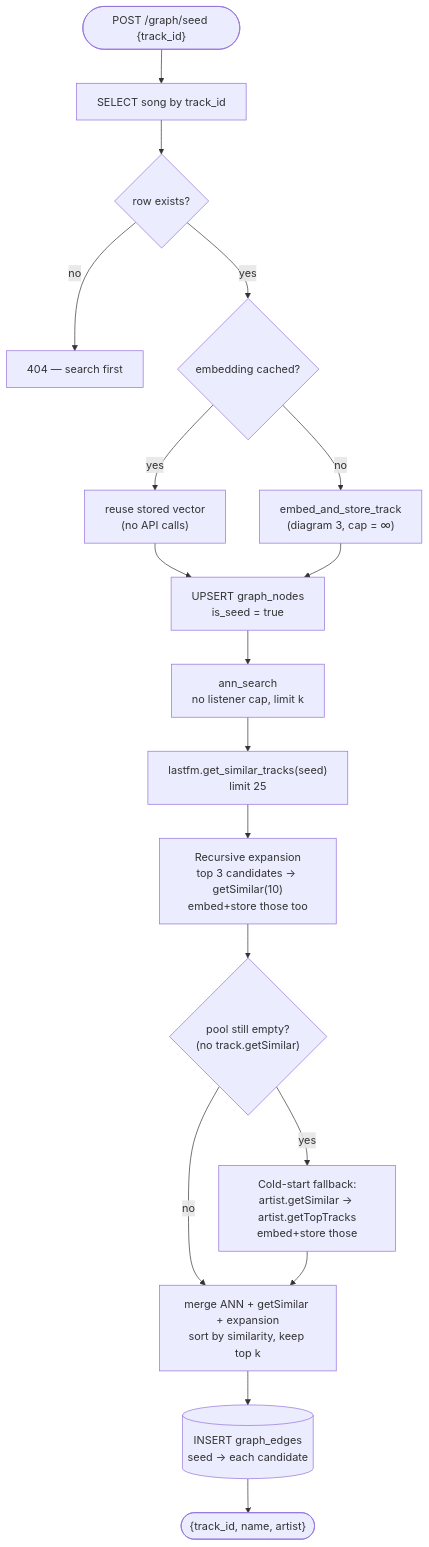
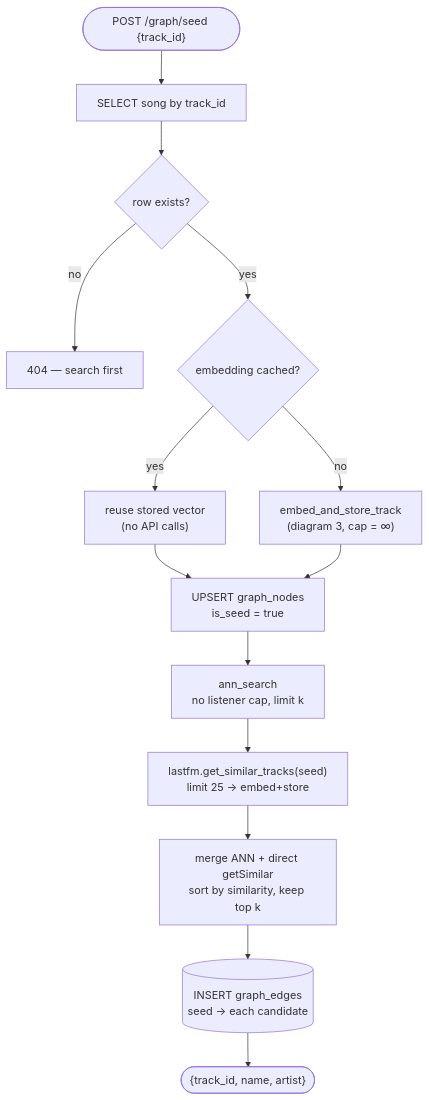
One commit to pedro-boudoux/pyo changed the sixth of 13 diagrams in ARCHITECTURE.md. Above: the diagram before and after it, drawn with Mermaid. The commit also changed other lines of this file and 14 other files, not shown here.

Commit message:
Ablate and prune graph cold-start machinery

````diff
--- a/ARCHITECTURE.md
+++ b/ARCHITECTURE.md
@@ -261,25 +263,19 @@
 ```mermaid
 flowchart TD
     req(["POST /graph/seed {track_id}"]) --> lookup["SELECT song by track_id"]
     lookup --> exist{"row exists?"}
     exist -->|no| e404["404 — search first"]
     exist -->|yes| cached{"embedding cached?"}
 
     cached -->|yes| reuse["reuse stored vector<br/>(no API calls)"]
     cached -->|no| build["embed_and_store_track<br/>(diagram 3, cap = ∞)"]
 
     reuse --> node
     build --> node["UPSERT graph_nodes<br/>is_seed = true"]
 
     node --> ann["ann_search<br/>no listener cap, limit k"]
-    ann --> simseed["lastfm.get_similar_tracks(seed)<br/>limit 25"]
-
-    simseed --> expand["Recursive expansion<br/>top 3 candidates → getSimilar(10)<br/>embed+store those too"]
-
-    expand --> coldcheck{"pool still empty?<br/>(no track.getSimilar)"}
-    coldcheck -->|yes| fallback["Cold-start fallback:<br/>artist.getSimilar → artist.getTopTracks<br/>embed+store those"]
-    coldcheck -->|no| rank
-    fallback --> rank["merge ANN + getSimilar + expansion<br/>sort by similarity, keep top k"]
+    ann --> simseed["lastfm.get_similar_tracks(seed)<br/>limit 25 → embed+store"]
+    simseed --> rank["merge ANN + direct getSimilar<br/>sort by similarity, keep top k"]
     rank --> edges[("INSERT graph_edges<br/>seed → each candidate")]
     edges --> done(["{track_id, name, artist}"])
 ```
````
